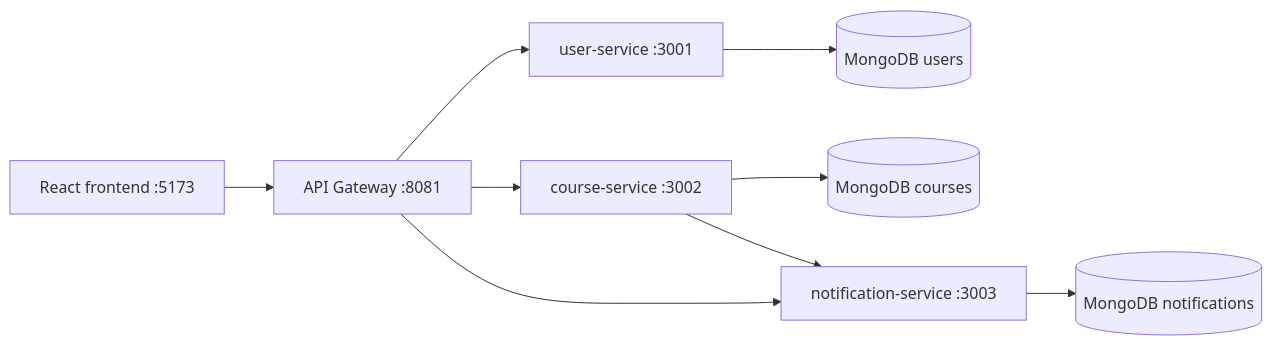
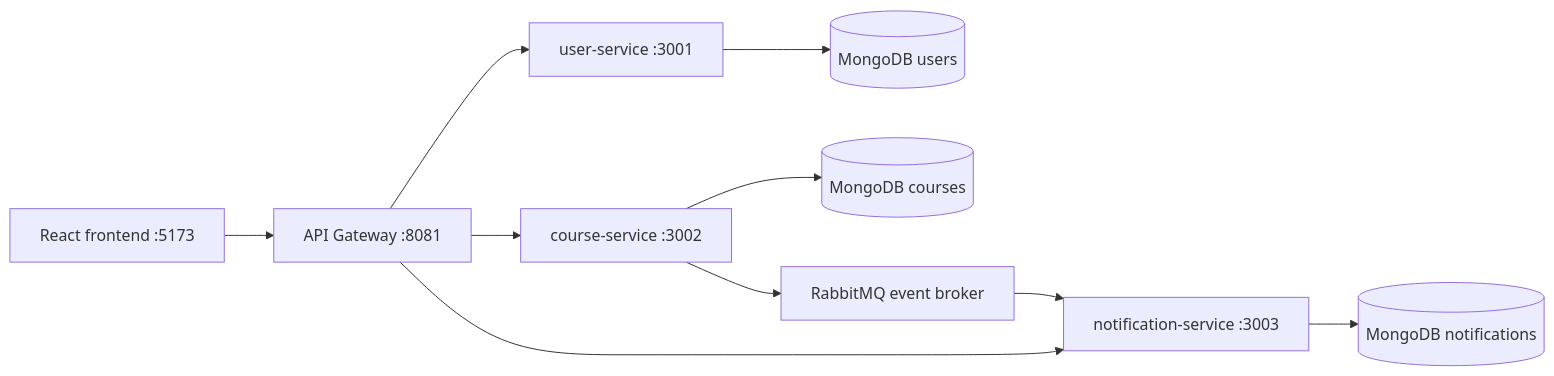
Before and after one commit to SownBanana/VDTMicroserviceDemo: the diagram in README.md, drawn with Mermaid. The commit also changed other lines of this file and 9 other files, not shown here.

````diff
--- a/README.md
+++ b/README.md
@@ -47,11 +48,12 @@
 ```mermaid
 flowchart LR
   Browser["React frontend :5173"] --> Gateway["API Gateway :8081"]
   Gateway --> UserService["user-service :3001"]
   Gateway --> CourseService["course-service :3002"]
   Gateway --> NotificationService["notification-service :3003"]
   UserService --> UserDb[("MongoDB users")]
   CourseService --> CourseDb[("MongoDB courses")]
   NotificationService --> NotificationDb[("MongoDB notifications")]
-  CourseService --> NotificationService
+  CourseService --> RabbitMQ["RabbitMQ event broker"]
+  RabbitMQ --> NotificationService
 ```
````
